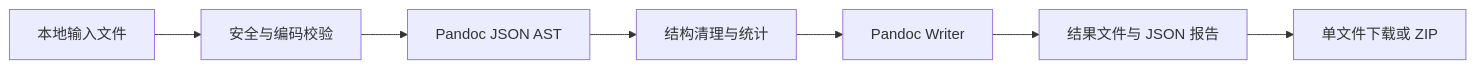
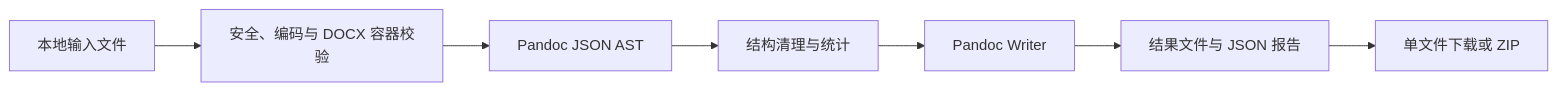
The diagram in README.md (tylmcy/local-doc-converter), drawn with Mermaid before and after one commit. The commit also changed other lines of this file and 15 other files, not shown here.

````diff
--- a/README.md
+++ b/README.md
@@ -133,9 +135,9 @@
 ```mermaid
 flowchart LR
-    A[本地输入文件] --> B[安全与编码校验]
+    A[本地输入文件] --> B[安全、编码与 DOCX 容器校验]
     B --> C[Pandoc JSON AST]
     C --> D[结构清理与统计]
     D --> E[Pandoc Writer]
     E --> F[结果文件与 JSON 报告]
     F --> G[单文件下载或 ZIP]
 ```
````
